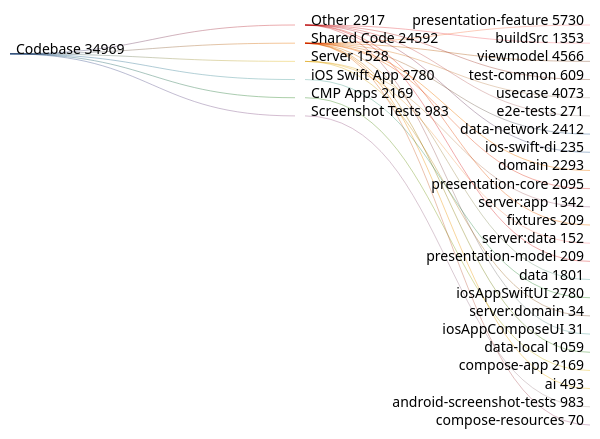
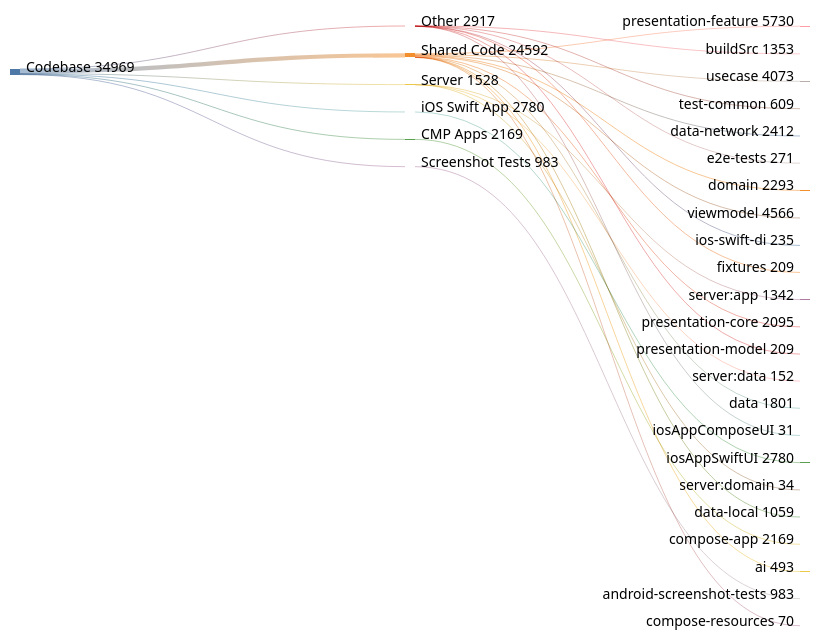
The diagram in docs/CODE_ANALYSIS.md (cartland/battery-butler), drawn with Mermaid (neutral theme) before and after one commit.

Commit message:
docs: Improve Sankey chart sizing and layout
Add explicit width/height, gradient link coloring, and justify node
alignment so flow widths are more visually distinct by magnitude.

````diff
--- a/docs/CODE_ANALYSIS.md
+++ b/docs/CODE_ANALYSIS.md
@@ -41,44 +41,48 @@
 ```mermaid
 ---
 config:
   sankey:
     showValues: true
+    width: 800
+    height: 600
+    nodeAlignment: justify
+    linkColor: gradient
 ---
 sankey-beta
 
 Codebase,Shared Code,24592
 Codebase,Other,2917
 Codebase,iOS Swift App,2780
 Codebase,CMP Apps,2169
 Codebase,Server,1528
 Codebase,Screenshot Tests,983
 
 Shared Code,presentation-feature,5730
 Shared Code,viewmodel,4566
 Shared Code,usecase,4073
 Shared Code,data-network,2412
 Shared Code,domain,2293
 Shared Code,presentation-core,2095
 Shared Code,data,1801
 Shared Code,data-local,1059
 Shared Code,ai,493
 Shared Code,compose-resources,70
 
 Other,buildSrc,1353
 Other,test-common,609
 Other,e2e-tests,271
 Other,ios-swift-di,235
 Other,fixtures,209
 Other,presentation-model,209
 Other,iosAppComposeUI,31
 
 iOS Swift App,iosAppSwiftUI,2780
 
 CMP Apps,compose-app,2169
 
 Server,server:app,1342
 Server,server:data,152
 Server,server:domain,34
 
 Screenshot Tests,android-screenshot-tests,983
 ```
````
